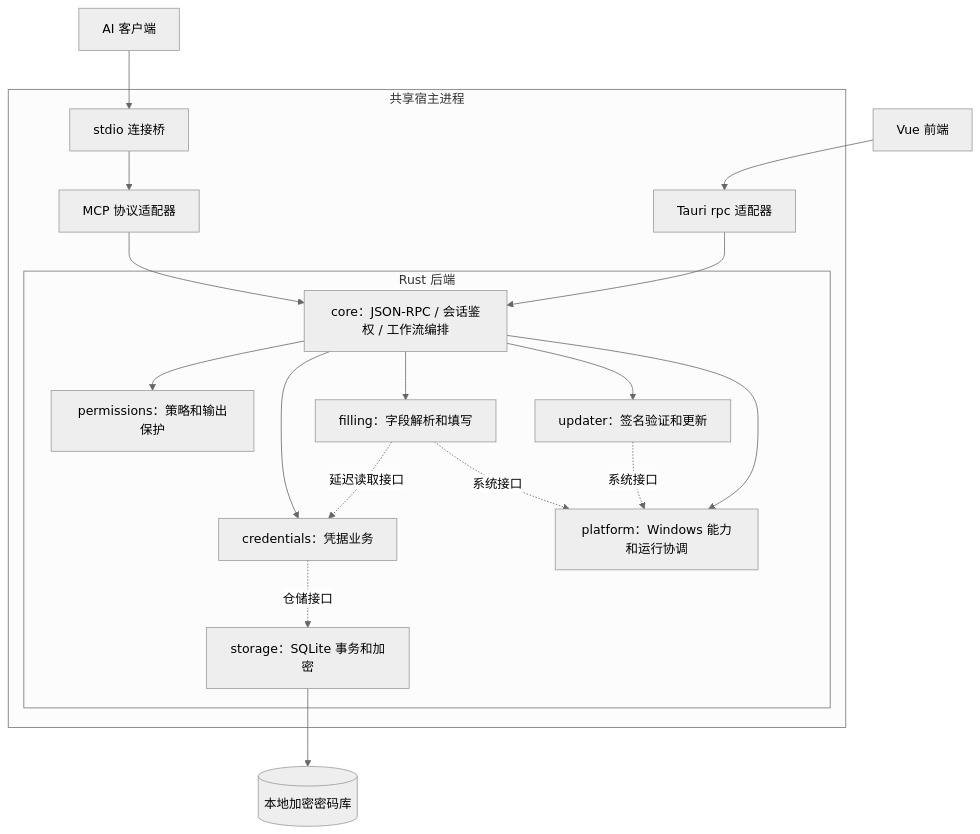
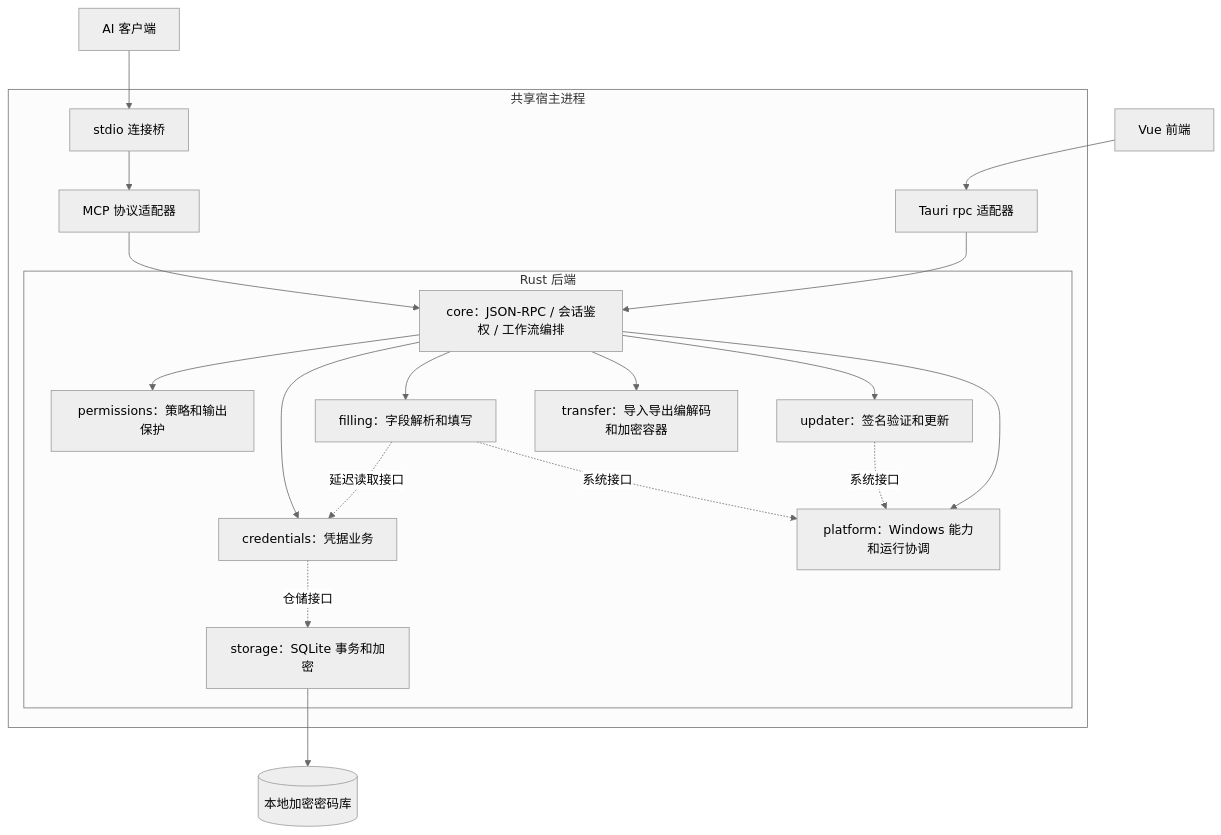
Before and after one commit to panda-student/vault: the diagram in docs/ARCHITECTURE.md, drawn with Mermaid (neutral theme). The commit also changed other lines of this file and 52 other files, not shown here.

````diff
--- a/docs/ARCHITECTURE.md
+++ b/docs/ARCHITECTURE.md
@@ -5,23 +5,24 @@
 ```mermaid
 flowchart TD
   UI[Vue 前端] --> Tauri[Tauri rpc 适配器]
   AI[AI 客户端] --> Bridge[stdio 连接桥]
   subgraph Host[共享宿主进程]
     Tauri --> Core
     Bridge --> MCP[MCP 协议适配器]
     MCP --> Core
     subgraph Rust[Rust 后端]
       Core[core：JSON-RPC / 会话鉴权 / 工作流编排]
       Core --> Permission[permissions：策略和输出保护]
       Core --> Credential[credentials：凭据业务]
       Core --> Filling[filling：字段解析和填写]
+      Core --> Transfer[transfer：导入导出编解码和加密容器]
       Core --> Update[updater：签名验证和更新]
       Core --> Platform[platform：Windows 能力和运行协调]
       Credential -. 仓储接口 .-> Storage[storage：SQLite 事务和加密]
       Filling -. 延迟读取接口 .-> Credential
       Filling -. 系统接口 .-> Platform
       Update -. 系统接口 .-> Platform
     end
   end
   Storage --> DB[(本地加密密码库)]
 ```
````
